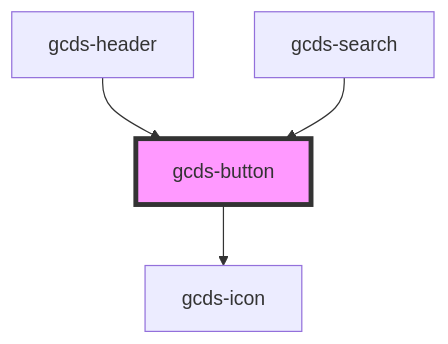
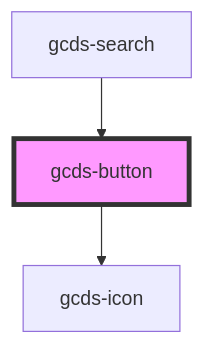
Before and after one commit to cds-snc/gcds-components: the diagram in packages/web/src/components/gcds-button/readme.md, drawn with Mermaid. The commit also changed other lines of this file and 4 other files, not shown here.

````diff
--- a/packages/web/src/components/gcds-button/readme.md
+++ b/packages/web/src/components/gcds-button/readme.md
@@ -58,7 +57,6 @@
 ```mermaid
 graph TD;
   gcds-button --> gcds-icon
-  gcds-header --> gcds-button
   gcds-search --> gcds-button
   style gcds-button fill:#f9f,stroke:#333,stroke-width:4px
 ```
````
